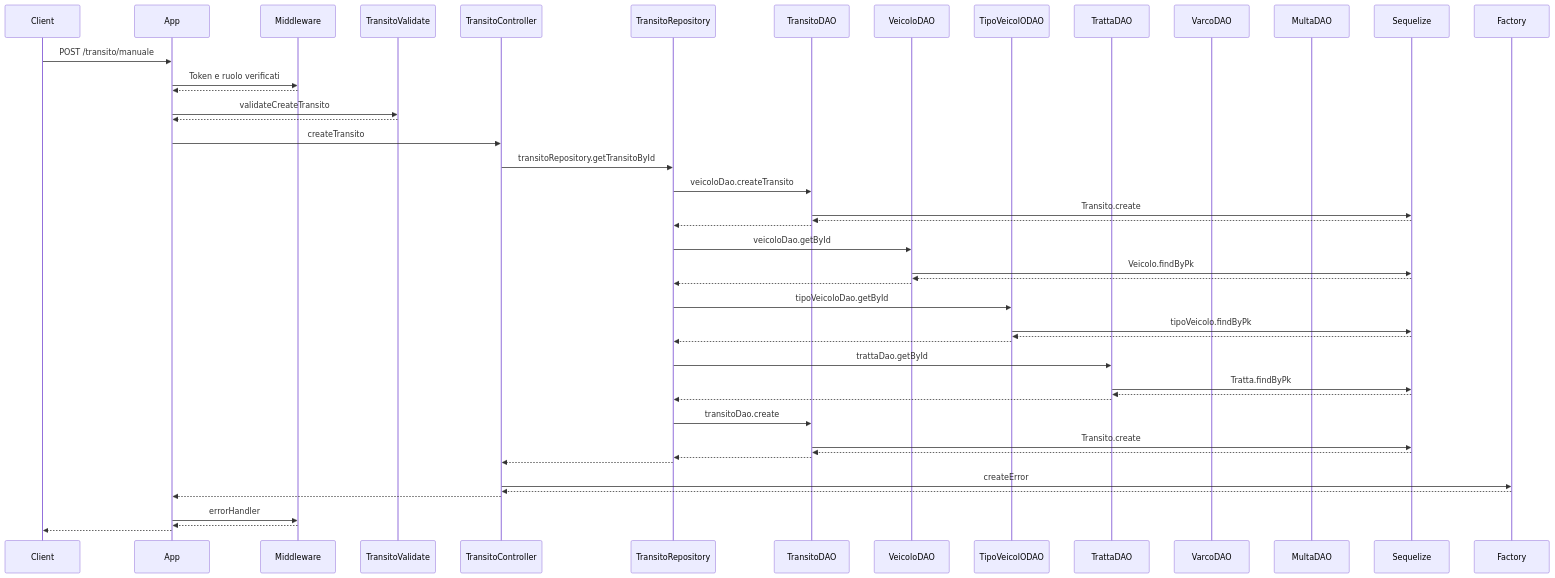
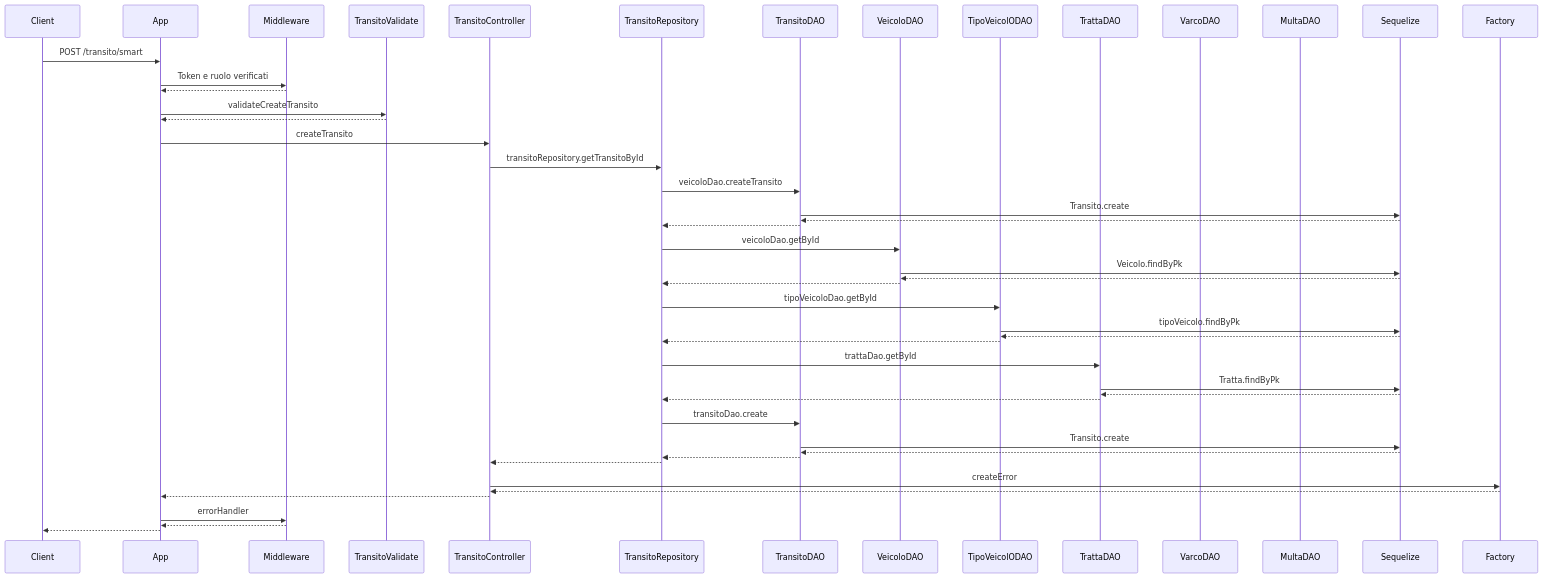
The ninth of 11 diagrams in README.md (MattSona99/ProgettoPA), drawn with Mermaid before and after one commit. The commit also changed other lines of this file, not shown here.

````diff
--- a/README.md
+++ b/README.md
@@ -499,52 +499,52 @@
 ```mermaid
 sequenceDiagram
   participant C as Client
   participant A as App
   participant M as Middleware
   participant TV as TransitoValidate
   participant CN as TransitoController
   participant R as TransitoRepository
   participant TD as TransitoDAO
   participant VD as VeicoloDAO
   participant TVD as TipoVeicolODAO
   participant TTD as TrattaDAO
   participant VRD as VarcoDAO
   participant MD as MultaDAO
   participant S as Sequelize
   participant F as Factory
 
-  C ->> A: POST /transito/manuale
+  C ->> A: POST /transito/smart
   A ->> M: Token e ruolo verificati
   M -->> A: 
   A ->> TV: validateCreateTransito
   TV -->> A: 
   A ->> CN: createTransito
   CN ->> R: transitoRepository.getTransitoById
   R ->> TD: veicoloDao.createTransito
   TD ->> S: Transito.create
   S -->> TD:
   TD -->> R:
   R ->> VD: veicoloDao.getById
   VD ->> S: Veicolo.findByPk
   S -->> VD:
   VD -->> R:
   R ->> TVD: tipoVeicoloDao.getById
   TVD ->> S: tipoVeicolo.findByPk
   S -->> TVD:
   TVD -->> R:
   R ->> TTD: trattaDao.getById
   TTD ->> S: Tratta.findByPk
   S -->> TTD:
   TTD -->> R:
   R ->> TD: transitoDao.create
   TD ->> S: Transito.create
   S -->> TD:
   TD -->> R:
   R -->> CN: 
   CN ->> F: createError
   F -->> CN: 
   CN -->> A: 
   A ->> M: errorHandler
   M -->> A: 
   A -->> C:  
 ```
````
